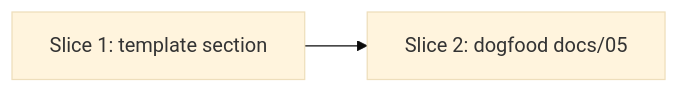
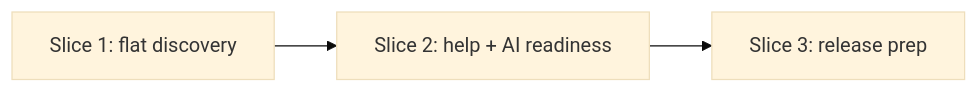
The diagram in docs/05-implementation-plan.md (swanson-dev/Repo-Standards-Kit), drawn with Mermaid (base theme) before and after one commit. The commit also changed other lines of this file and 64 other files, not shown here.

````diff
--- a/docs/05-implementation-plan.md
+++ b/docs/05-implementation-plan.md
@@ -52,4 +68,5 @@
 ```mermaid
 flowchart LR
-  S1[Slice 1: template section] --> S2[Slice 2: dogfood docs/05]
+  S1[Slice 1: flat discovery] --> S2[Slice 2: help + AI readiness]
+  S2 --> S3[Slice 3: release prep]
 ```
````
